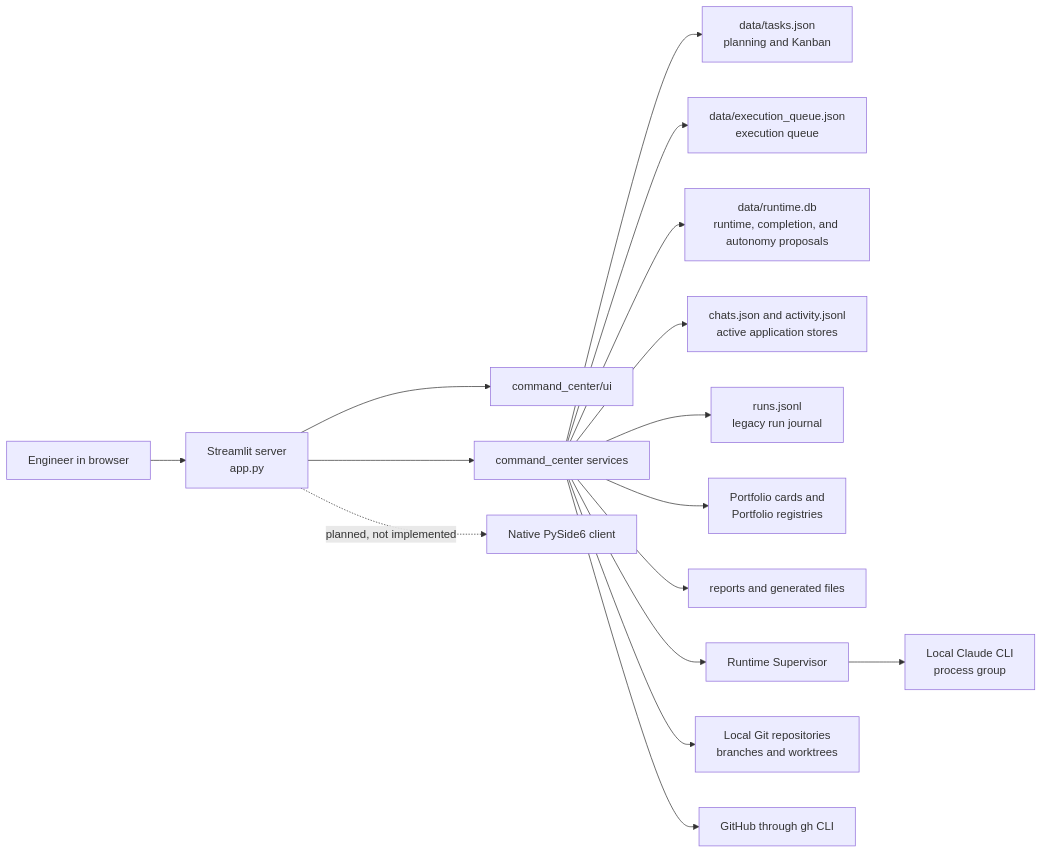
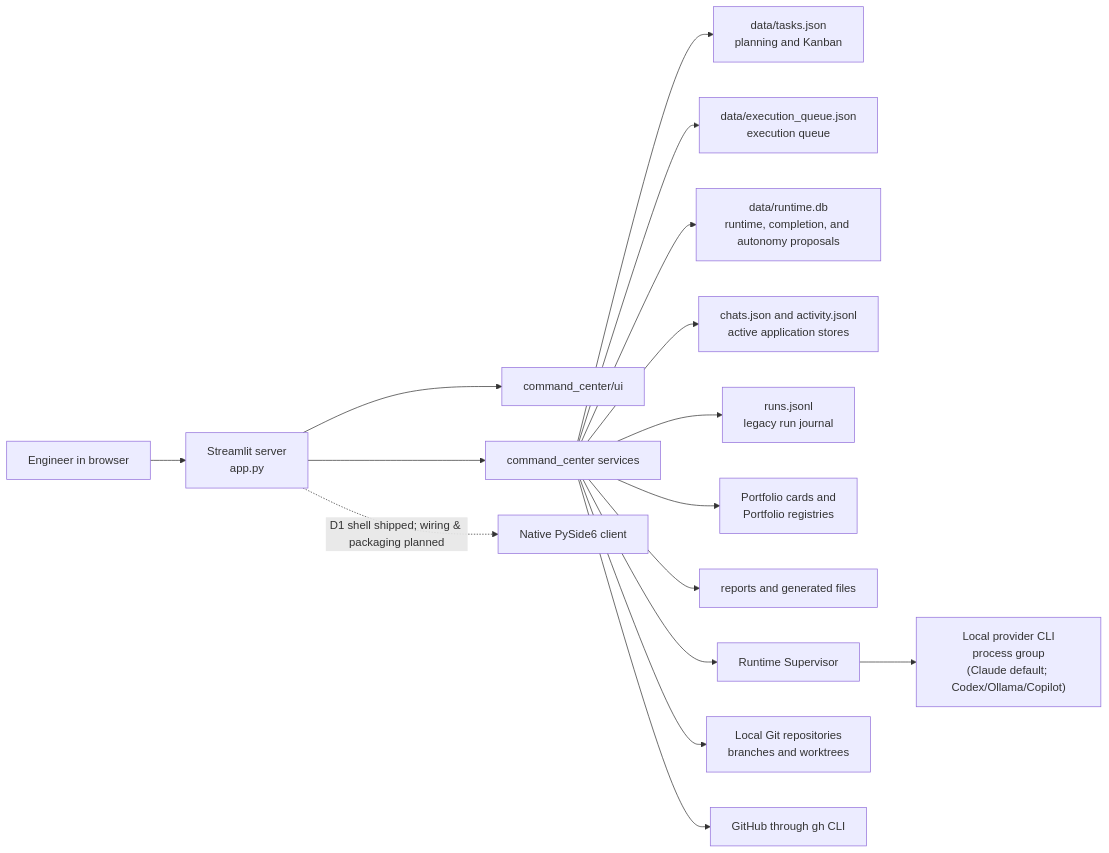
One commit to dimastov-lab/ai-command-center changed the diagram in ARCHITECTURE.md. Above: the diagram before and after it, drawn with Mermaid. The commit also changed other lines of this file and 17 other files, not shown here.

First line of the commit message:
docs: reconcile docs with code (schema 11, nav count, desktop D1, providers)

````diff
--- a/ARCHITECTURE.md
+++ b/ARCHITECTURE.md
@@ -20,21 +22,21 @@
 ```mermaid
 flowchart LR
     Operator["Engineer in browser"] --> Streamlit["Streamlit server<br/>app.py"]
     Streamlit --> UI["command_center/ui"]
     Streamlit --> Services["command_center services"]
 
     Services --> Planning["data/tasks.json<br/>planning and Kanban"]
     Services --> Queue["data/execution_queue.json<br/>execution queue"]
     Services --> Runtime["data/runtime.db<br/>runtime, completion, and autonomy proposals"]
     Services --> AppStores["chats.json and activity.jsonl<br/>active application stores"]
     Services --> Legacy["runs.jsonl<br/>legacy run journal"]
     Services --> Portfolio["Portfolio cards and<br/>Portfolio registries"]
     Services --> Artifacts["reports and generated files"]
 
     Services --> Supervisor["Runtime Supervisor"]
-    Supervisor --> Claude["Local Claude CLI<br/>process group"]
+    Supervisor --> Claude["Local provider CLI<br/>process group<br/>(Claude default; Codex/Ollama/Copilot)"]
     Services --> Git["Local Git repositories<br/>branches and worktrees"]
     Services --> GitHub["GitHub through gh CLI"]
 
-    Streamlit -. "planned, not implemented" .-> Desktop["Native PySide6 client"]
+    Streamlit -. "D1 shell shipped; wiring & packaging planned" .-> Desktop["Native PySide6 client"]
 ```
````
